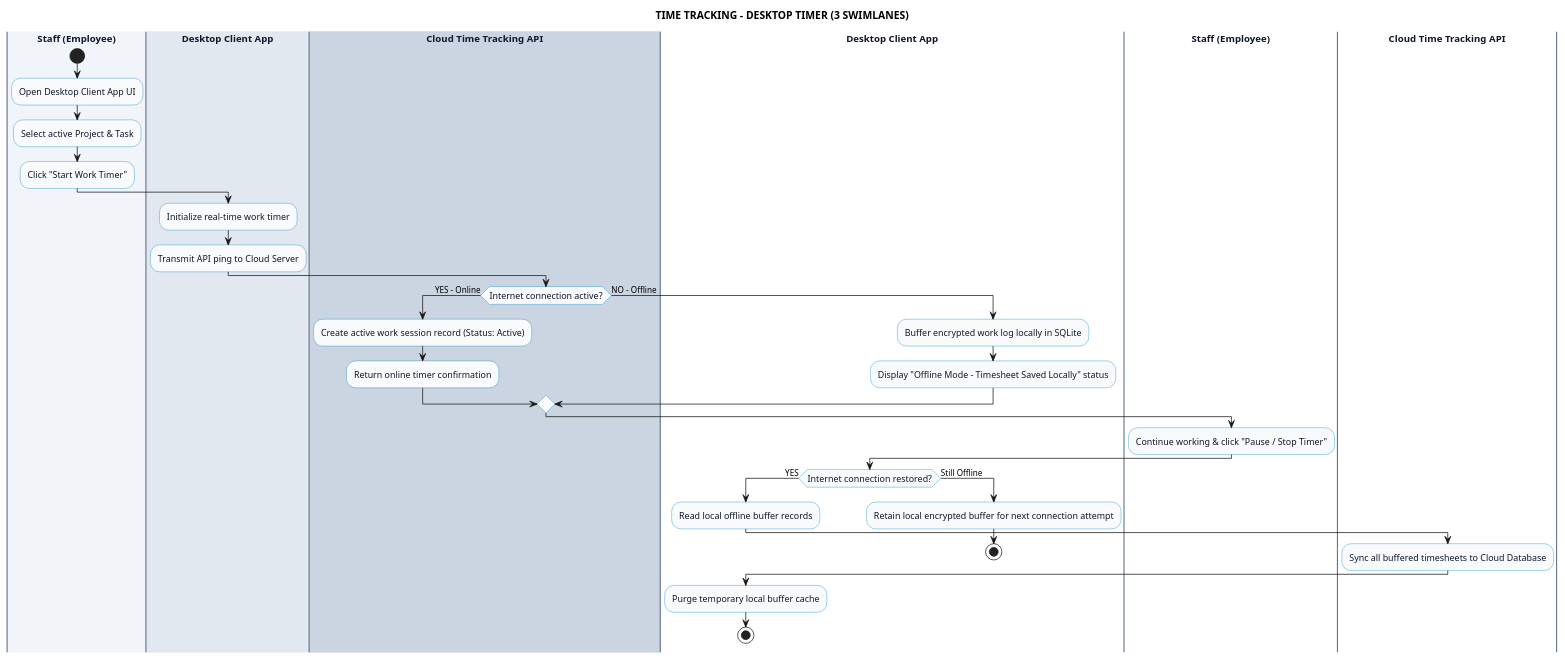
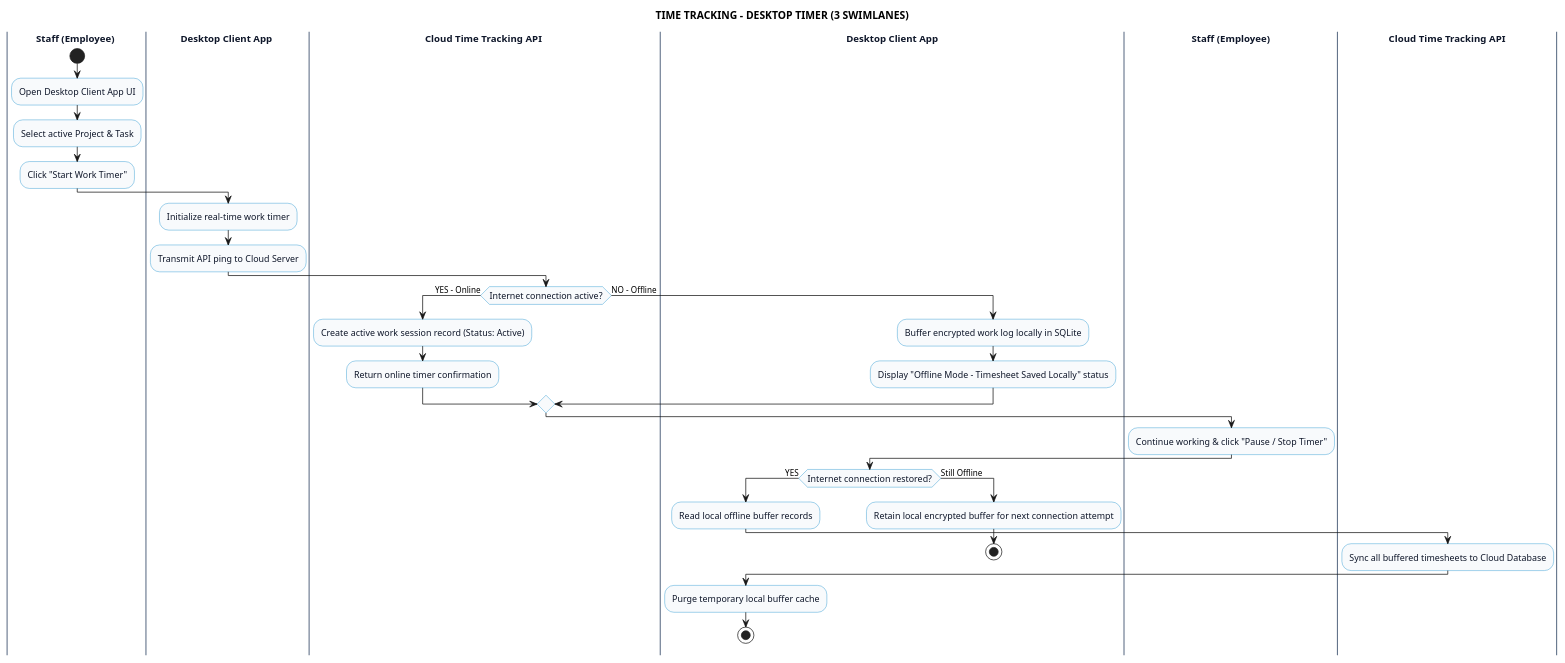
One commit to Dikhang1112/Monitoring_HR changed the diagram in docs/swimlane/time_tracking/DesktopTimerDiagram.md. Above: the diagram before and after it, drawn with PlantUML. The commit also changed other lines of this file and 47 other files, not shown here.

Commit message:
Refactor usecase diagram and swimlane

````diff
--- a/docs/swimlane/time_tracking/DesktopTimerDiagram.md
+++ b/docs/swimlane/time_tracking/DesktopTimerDiagram.md
@@ -9,63 +9,63 @@
 ```plantuml
 @startuml
 title TIME TRACKING - DESKTOP TIMER (3 SWIMLANES)
 
 skinparam linetype ortho
 skinparam nodesep 60
 skinparam ranksep 80
 
 skinparam activity {
   BackgroundColor #f8fafc
   BorderColor #0284c7
   FontColor #0f172a
   FontSize 12
 }
 skinparam swimlane {
   BorderColor #64748b
   TitleFontColor #0f172a
   TitleFontSize 13
   TitleFontStyle bold
 }
 
 ' =====================================================
 ' 3 SWIMLANES DECLARATION
 ' =====================================================
-|#f1f5f9| Staff (Employee) |
+|Staff (Employee) |
 start
 :Open Desktop Client App UI;
 :Select active Project & Task;
 :Click "Start Work Timer";
 
-|#e2e8f0| Desktop Client App |
+|Desktop Client App |
 :Initialize real-time work timer;
 :Transmit API ping to Cloud Server;
 
-|#cbd5e1| Cloud Time Tracking API |
+|Cloud Time Tracking API |
 if (Internet connection active?) then (YES - Online)
   :Create active work session record (Status: Active);
   :Return online timer confirmation;
 else (NO - Offline)
   |Desktop Client App|
   :Buffer encrypted work log locally in SQLite;
   :Display "Offline Mode - Timesheet Saved Locally" status;
 endif
 
 |Staff (Employee)|
 :Continue working & click "Pause / Stop Timer";
 
 |Desktop Client App|
 if (Internet connection restored?) then (YES)
   :Read local offline buffer records;
   |Cloud Time Tracking API|
   :Sync all buffered timesheets to Cloud Database;
   |Desktop Client App|
   :Purge temporary local buffer cache;
   stop
 else (Still Offline)
   |Desktop Client App|
   :Retain local encrypted buffer for next connection attempt;
   stop
 endif
 
 @enduml
 ```
````
